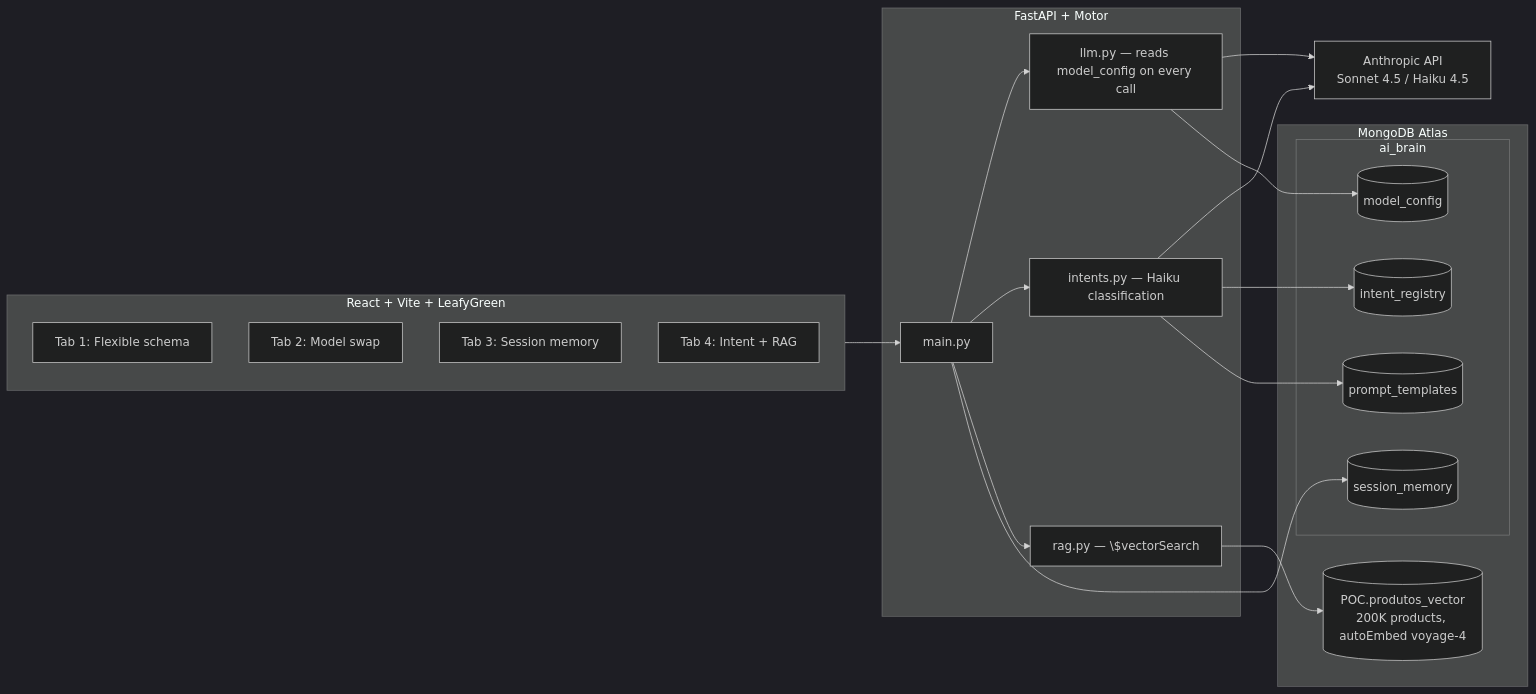
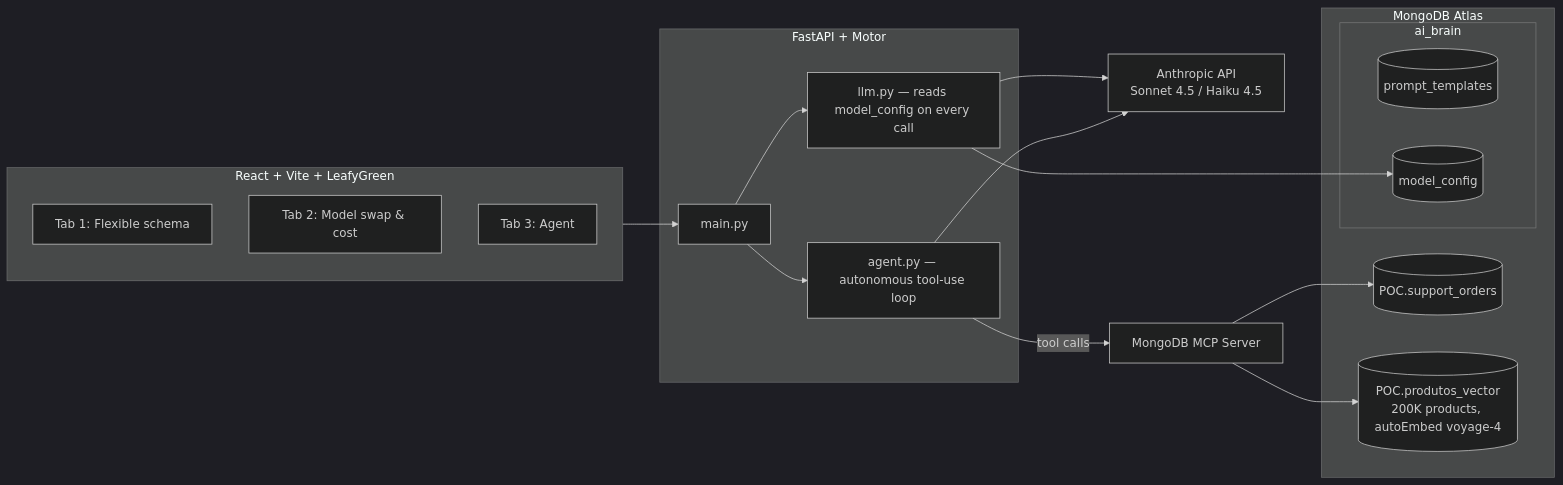
Before and after one commit to adrianofratelli-glitch/MongoDB-Intelligence-Layer: the diagram in README.md, drawn with Mermaid (dark theme). The commit also changed other lines of this file and 20 other files, not shown here.

First line of the commit message:
Add autonomous agent tab powered by the MongoDB MCP Server

````diff
--- a/README.md
+++ b/README.md
@@ -35,37 +31,33 @@
 ```mermaid
 flowchart LR
     subgraph Frontend [React + Vite + LeafyGreen]
         T1[Tab 1: Flexible schema]
-        T2[Tab 2: Model swap]
-        T3[Tab 3: Session memory]
-        T4[Tab 4: Intent + RAG]
+        T2[Tab 2: Model swap & cost]
+        T3[Tab 3: Agent]
     end
 
     subgraph Backend [FastAPI + Motor]
         API[main.py]
         LLM[llm.py — reads model_config on every call]
-        INT[intents.py — Haiku classification]
-        RAG[rag.py — \$vectorSearch]
+        AGENT[agent.py — autonomous tool-use loop]
     end
+
+    ANT[Anthropic API\nSonnet 4.5 / Haiku 4.5]
+    MCP[MongoDB MCP Server]
 
     subgraph Atlas [MongoDB Atlas]
         subgraph ai_brain
             PT[(prompt_templates)]
             MC[(model_config)]
-            IR[(intent_registry)]
-            SM[(session_memory)]
         end
+        SO[(POC.support_orders)]
         PV[(POC.produtos_vector\n200K products, autoEmbed voyage-4)]
     end
 
-    ANT[Anthropic API\nSonnet 4.5 / Haiku 4.5]
-
     Frontend --> API
     API --> LLM --> ANT
-    API --> INT --> ANT
-    API --> RAG --> PV
+    API --> AGENT --> ANT
+    AGENT -->|tool calls| MCP --> SO
+    MCP --> PV
     LLM --> MC
-    INT --> IR
-    INT --> PT
-    API --> SM
 ```
````
